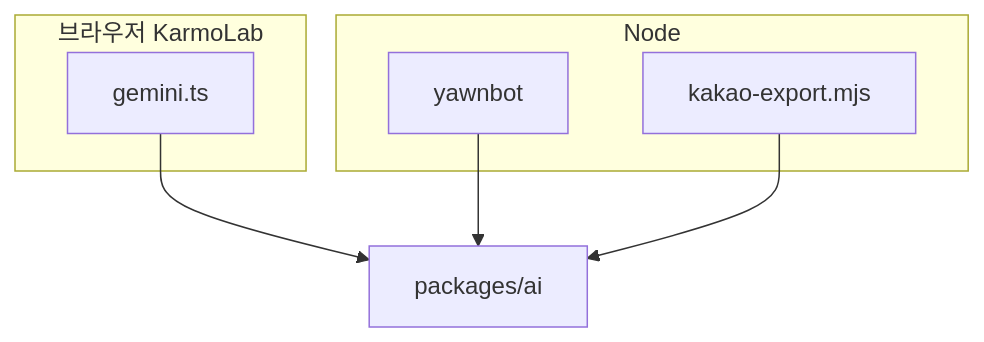
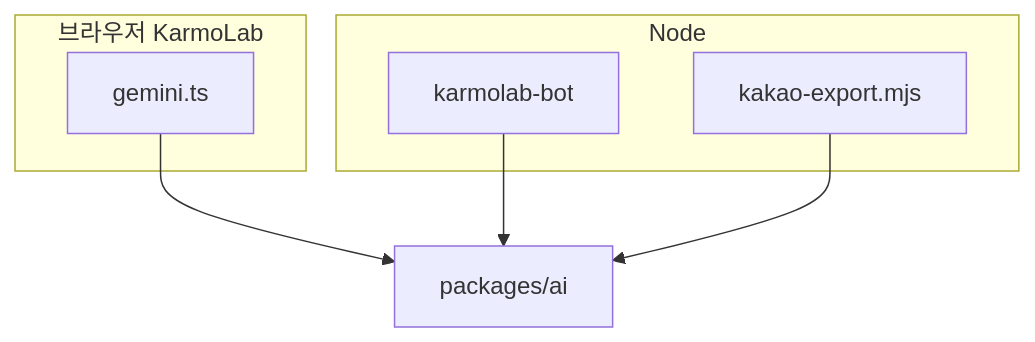
Before and after one commit to mascari4615/KarmoLab: the diagram in apps/karmolab/data/docs/karmo-ai.md, drawn with Mermaid. The commit also changed other lines of this file and 143 other files, not shown here.

First line of the commit message:
refactor: 코드와 문서의 yawnbot, 욘봇, YawnBot 이름 정리

````diff
--- a/apps/karmolab/data/docs/karmo-ai.md
+++ b/apps/karmolab/data/docs/karmo-ai.md
@@ -25,14 +25,14 @@
 ```mermaid
 flowchart TB
   PKG["packages/ai"]
   subgraph kl["브라우저 KarmoLab"]
     GT["gemini.ts"]
   end
   subgraph node["Node"]
-    YB["yawnbot"]
+    YB["karmolab-bot"]
     KAK["kakao-export.mjs"]
   end
   GT --> PKG
   YB --> PKG
   KAK --> PKG
 ```
````
